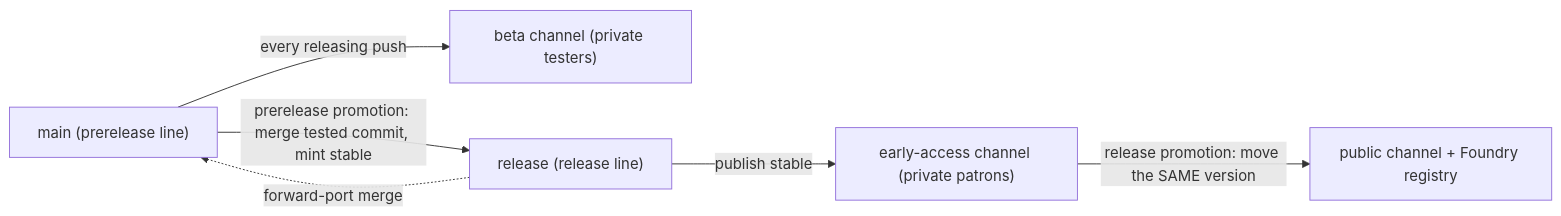
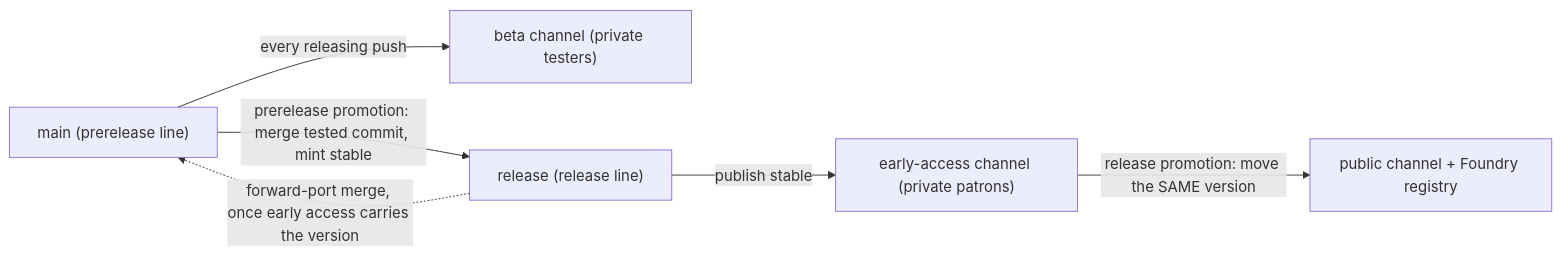
Before and after one commit to mistersilver-uk/fabricate: the first of 3 diagrams in CONTRIBUTING.md, drawn with Mermaid. The commit also changed other lines of this file and 9 other files, not shown here.

Commit message:
ci(#1001): decouple the forward-port from the release promotion (#1007)

````diff
--- a/CONTRIBUTING.md
+++ b/CONTRIBUTING.md
@@ -90,8 +93,8 @@
 ```mermaid
 flowchart LR
   main["main (prerelease line)"] -->|"every releasing push"| beta["beta channel (private testers)"]
   main -->|"prerelease promotion: merge tested commit, mint stable"| release["release (release line)"]
   release -->|"publish stable"| ea["early-access channel (private patrons)"]
   ea -->|"release promotion: move the SAME version"| public["public channel + Foundry registry"]
-  release -. "forward-port merge" .-> main
+  release -. "forward-port merge, once early access carries the version" .-> main
 ```
````
